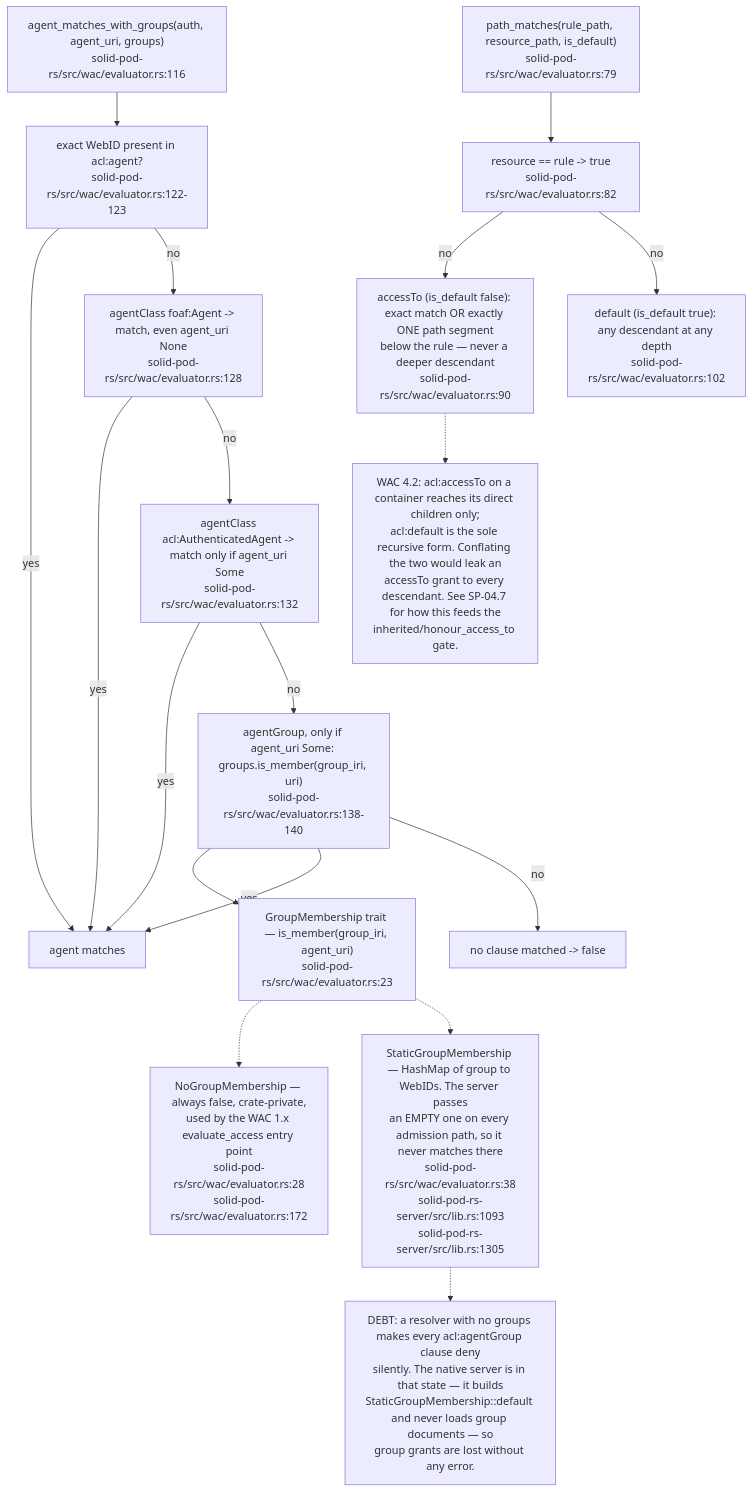
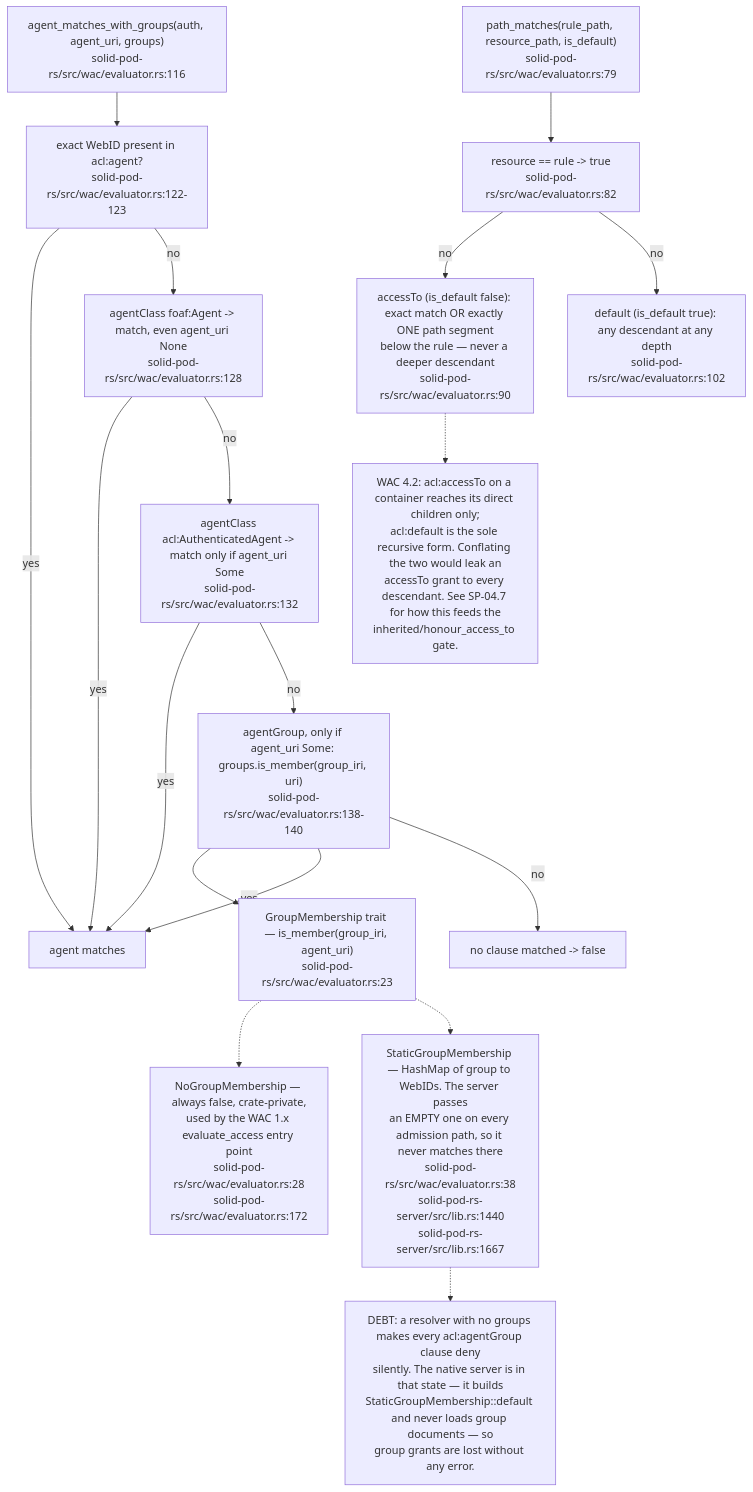
Diagram 13 of 16 in docs/diagrams/solid-pod-rs/04-wac-authorisation.md (DreamLab-AI/VisionFlow), drawn with Mermaid before and after one commit. The commit also changed other lines of this file, not shown here.

First line of the commit message:
docs(diagrams): SP-04 re-verified at solid-pod-rs a28a748

````diff
--- a/docs/diagrams/solid-pod-rs/04-wac-authorisation.md
+++ b/docs/diagrams/solid-pod-rs/04-wac-authorisation.md
@@ -425,39 +447,39 @@
 ```mermaid
 flowchart TD
     AM["agent_matches_with_groups(auth, agent_uri, groups)<br/>solid-pod-rs/src/wac/evaluator.rs:116"]
     WEBID["exact WebID present in acl:agent?<br/>solid-pod-rs/src/wac/evaluator.rs:122-123"]
     FOAF["agentClass foaf:Agent -> match, even agent_uri None<br/>solid-pod-rs/src/wac/evaluator.rs:128"]
     AUTHC["agentClass acl:AuthenticatedAgent -> match only if agent_uri Some<br/>solid-pod-rs/src/wac/evaluator.rs:132"]
     GRP["agentGroup, only if agent_uri Some: groups.is_member(group_iri, uri)<br/>solid-pod-rs/src/wac/evaluator.rs:138-140"]
     NM["no clause matched -> false"]
     TRAIT["GroupMembership trait — is_member(group_iri, agent_uri)<br/>solid-pod-rs/src/wac/evaluator.rs:23"]
     NOOP["NoGroupMembership — always false, crate-private,<br/>used by the WAC 1.x evaluate_access entry point<br/>solid-pod-rs/src/wac/evaluator.rs:28<br/>solid-pod-rs/src/wac/evaluator.rs:172"]
-    STATIC["StaticGroupMembership — HashMap of group to WebIDs. The server passes<br/>an EMPTY one on every admission path, so it never matches there<br/>solid-pod-rs/src/wac/evaluator.rs:38<br/>solid-pod-rs-server/src/lib.rs:1093<br/>solid-pod-rs-server/src/lib.rs:1305"]
+    STATIC["StaticGroupMembership — HashMap of group to WebIDs. The server passes<br/>an EMPTY one on every admission path, so it never matches there<br/>solid-pod-rs/src/wac/evaluator.rs:38<br/>solid-pod-rs-server/src/lib.rs:1440<br/>solid-pod-rs-server/src/lib.rs:1667"]
 
     AM --> WEBID
     WEBID -- yes --> GRANT["agent matches"]
     WEBID -- no --> FOAF
     FOAF -- yes --> GRANT
     FOAF -- no --> AUTHC
     AUTHC -- yes --> GRANT
     AUTHC -- no --> GRP
     GRP --> TRAIT
     TRAIT -.-> NOOP
     TRAIT -.-> STATIC
     GRP -- yes --> GRANT
     GRP -- no --> NM
 
     PM["path_matches(rule_path, resource_path, is_default)<br/>solid-pod-rs/src/wac/evaluator.rs:79"]
     EXACT["resource == rule -> true<br/>solid-pod-rs/src/wac/evaluator.rs:82"]
     ACCTO["accessTo (is_default false): exact match OR exactly ONE path segment<br/>below the rule — never a deeper descendant<br/>solid-pod-rs/src/wac/evaluator.rs:90"]
     DFLT["default (is_default true): any descendant at any depth<br/>solid-pod-rs/src/wac/evaluator.rs:102"]
 
     PM --> EXACT
     EXACT -- no --> ACCTO
     EXACT -- no --> DFLT
 
     N1["DEBT: a resolver with no groups makes every acl:agentGroup clause deny<br/>silently. The native server is in that state — it builds<br/>StaticGroupMembership::default and never loads group documents — so<br/>group grants are lost without any error."]
     STATIC -.-> N1
     N2["WAC 4.2: acl:accessTo on a container reaches its direct children only;<br/>acl:default is the sole recursive form. Conflating the two would leak an<br/>accessTo grant to every descendant. See SP-04.7 for how this feeds the<br/>inherited/honour_access_to gate."]
     ACCTO -.-> N2
 ```
````
